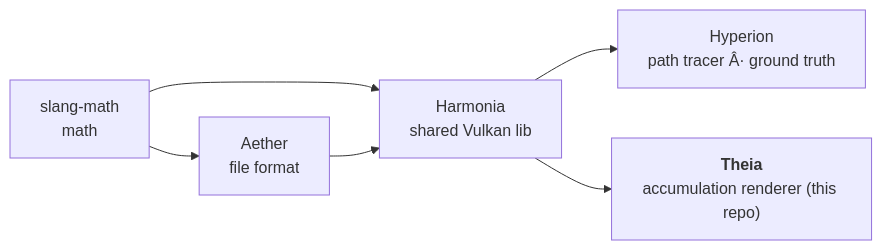
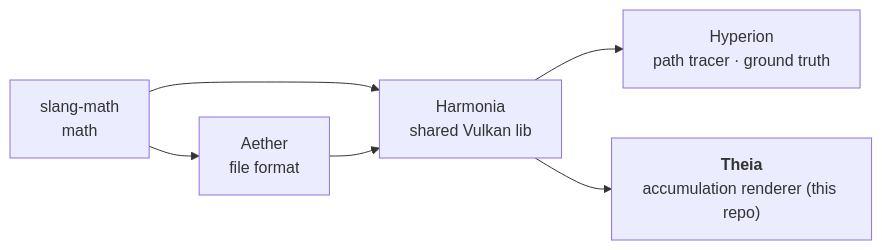
Before and after one commit to McNopper/Theia: the first of 2 diagrams in AGENTS.md, drawn with Mermaid. The commit also changed other lines of this file and 1 other file, not shown here.

Commit message:
docs: encoding repair + architecture-gate comment rewording

````diff
--- a/AGENTS.md
+++ b/AGENTS.md
@@ -22,8 +22,8 @@
 ```mermaid
 flowchart LR
     SM["slang-math<br/>math"] --> A["Aether<br/>file format"]
     SM --> H
     A --> H["Harmonia<br/>shared Vulkan lib"]
-    H --> Hy["Hyperion<br/>path tracer Â· ground truth"]
+    H --> Hy["Hyperion<br/>path tracer · ground truth"]
     H --> T["<b>Theia</b><br/>accumulation renderer (this repo)"]
 ```
````
